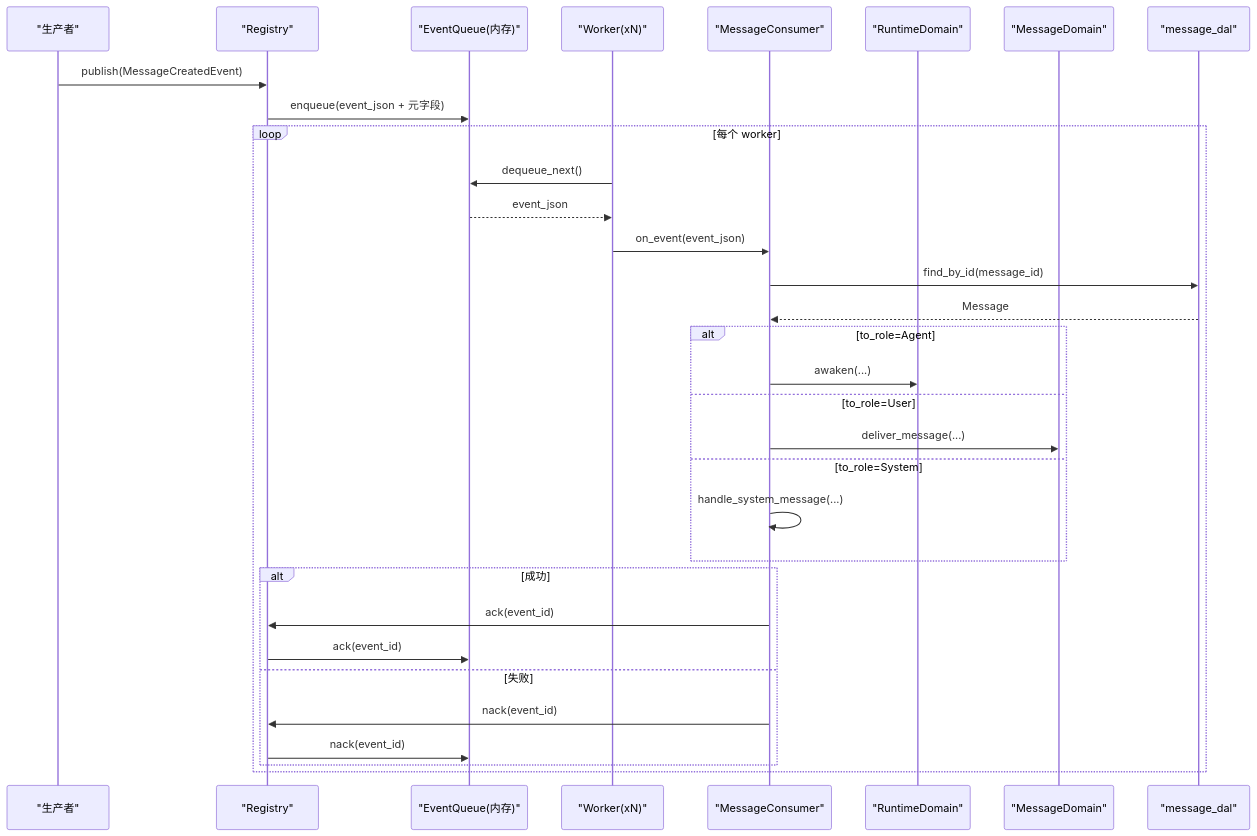
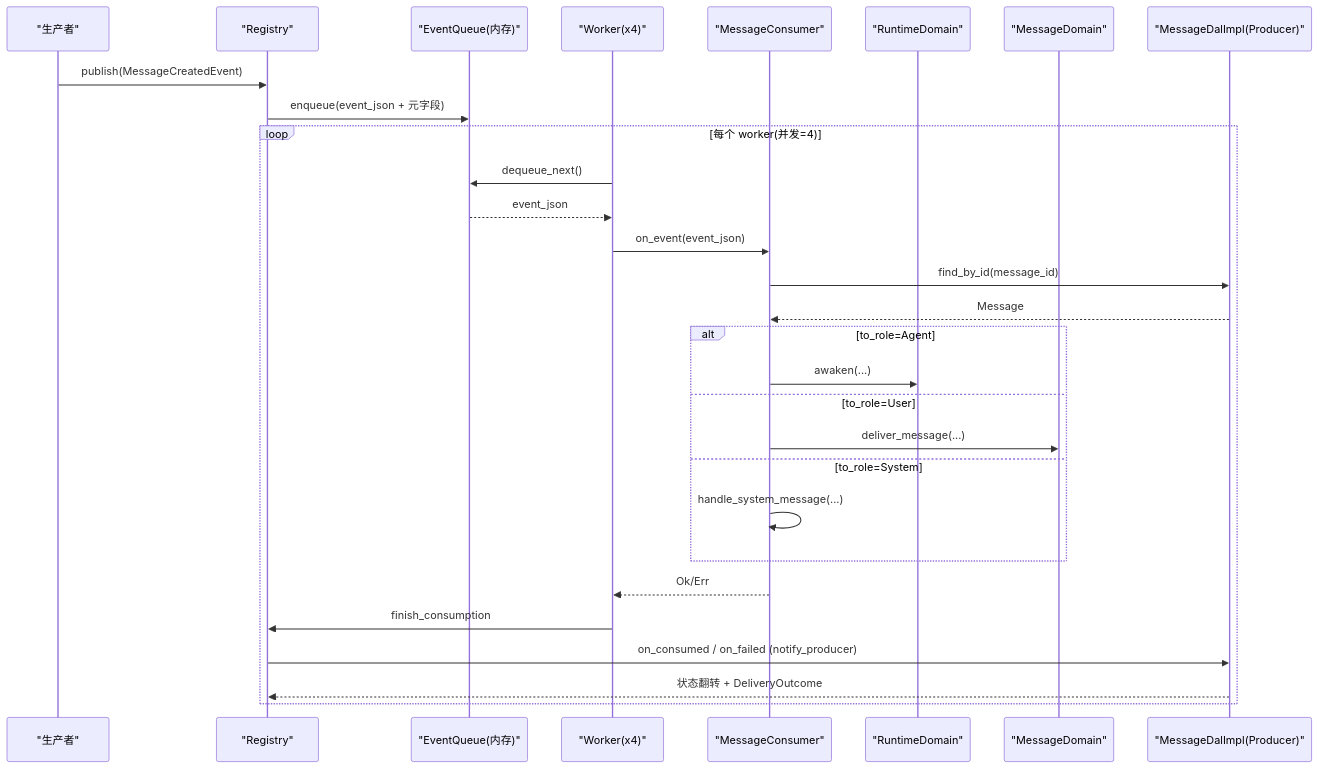
Before and after one commit to runningcoders/ai_orz: the second of 4 diagrams in docs/wiki/zh/content/基础设施/AOP 事件系统/事件消费者/消息消费者.md, drawn with Mermaid. The commit also changed other lines of this file and 37 other files, not shown here.

````diff
--- a/docs/wiki/zh/content/基础设施/AOP 事件系统/事件消费者/消息消费者.md
+++ b/docs/wiki/zh/content/基础设施/AOP 事件系统/事件消费者/消息消费者.md
@@ -104,34 +112,31 @@
 ```mermaid
 sequenceDiagram
 participant Producer as "生产者"
 participant Reg as "Registry"
 participant Q as "EventQueue(内存)"
-participant Worker as "Worker(xN)"
+participant Worker as "Worker(x4)"
 participant MC as "MessageConsumer"
 participant RT as "RuntimeDomain"
 participant MSG as "MessageDomain"
-participant DAL as "message_dal"
+participant DAL as "MessageDalImpl(Producer)"
 Producer->>Reg : publish(MessageCreatedEvent)
 Reg->>Q : enqueue(event_json + 元字段)
-loop 每个 worker
+loop 每个 worker(并发=4)
 Worker->>Q : dequeue_next()
 Q-->>Worker : event_json
 Worker->>MC : on_event(event_json)
 MC->>DAL : find_by_id(message_id)
 DAL-->>MC : Message
 alt to_role=Agent
 MC->>RT : awaken(...)
 else to_role=User
 MC->>MSG : deliver_message(...)
 else to_role=System
 MC->>MC : handle_system_message(...)
 end
-alt 成功
-MC->>Reg : ack(event_id)
-Reg->>Q : ack(event_id)
-else 失败
-MC->>Reg : nack(event_id)
-Reg->>Q : nack(event_id)
-end
+MC-->>Worker : Ok/Err
+Worker->>Reg : finish_consumption
+Reg->>DAL : on_consumed / on_failed (notify_producer)
+DAL-->>Reg : 状态翻转 + DeliveryOutcome
 end
 ```
````
